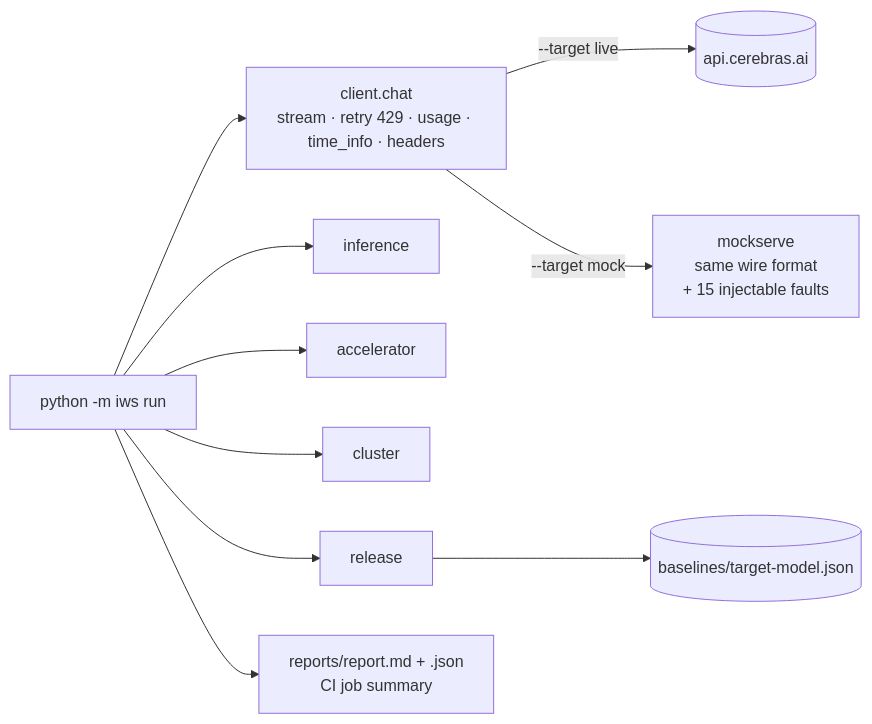
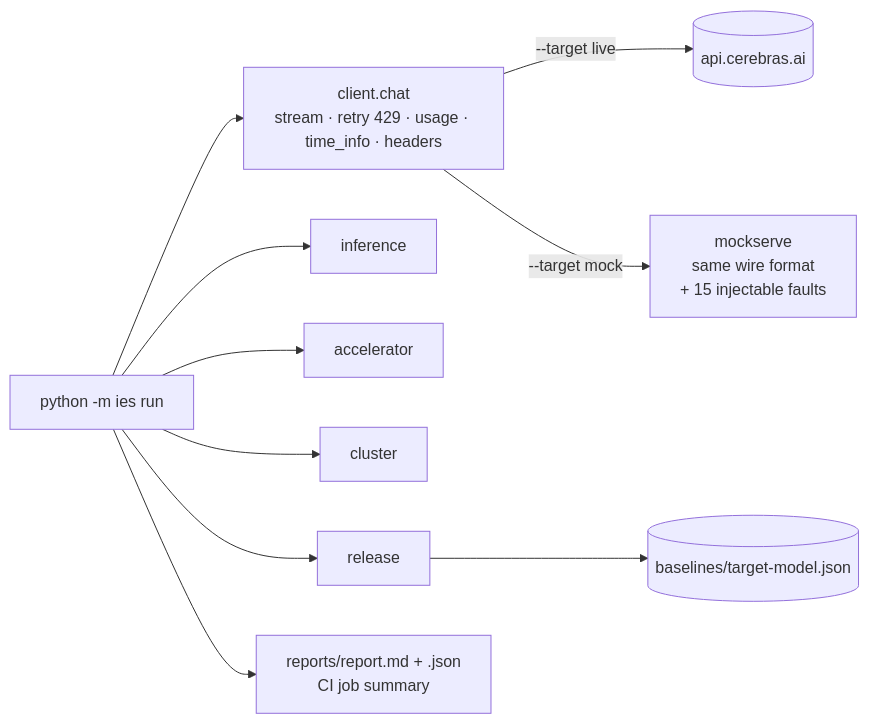
The diagram in README.md (su0xpj-bastion/inference-endpoint-scenarios), drawn with Mermaid before and after one commit. The commit also changed other lines of this file and 18 other files, not shown here.

Commit message:
Rename package iws -> ies to match inference-endpoint-scenarios

````diff
--- a/README.md
+++ b/README.md
@@ -14,9 +14,9 @@
 ```mermaid
 flowchart LR
-    CLI[python -m iws run] --> C[client.chat<br/>stream · retry 429 · usage · time_info · headers]
+    CLI[python -m ies run] --> C[client.chat<br/>stream · retry 429 · usage · time_info · headers]
     C -->|--target live| API[(api.cerebras.ai)]
     C -->|--target mock| M[mockserve<br/>same wire format<br/>+ 15 injectable faults]
     CLI --> W1[inference] & W2[accelerator] & W3[cluster] & W4[release]
     W4 --> B[(baselines/target-model.json)]
     CLI --> R[reports/report.md + .json<br/>CI job summary]
 ```
````
